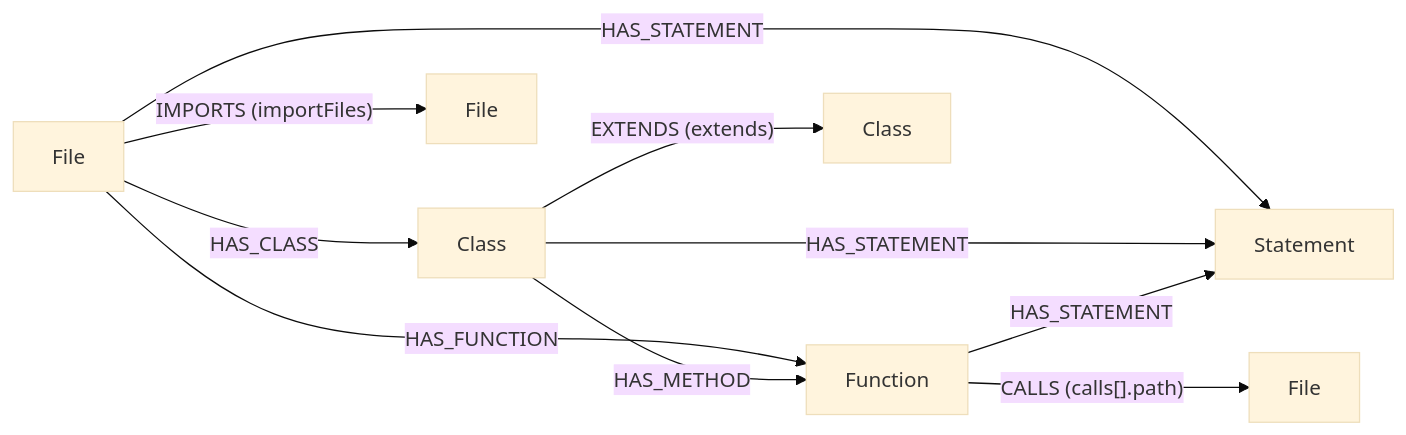
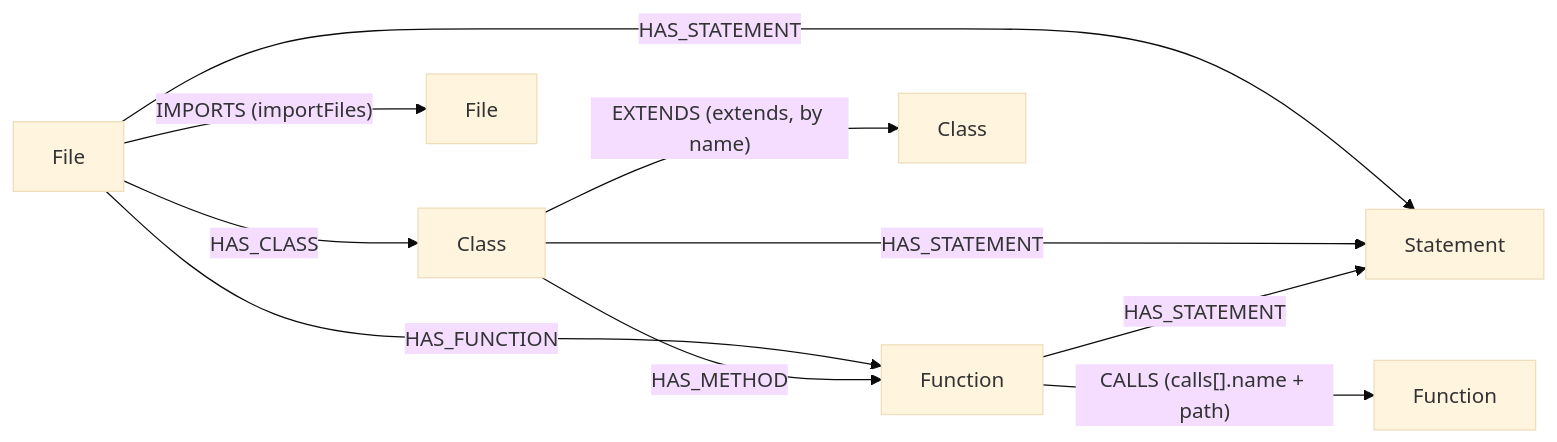
One commit to accionlabs/breezeai-cog changed the seventh of 9 diagrams in docs/architecture.md. Above: the diagram before and after it, drawn with Mermaid (base theme). The commit also changed other lines of this file and 3 other files, not shown here.

````diff
--- a/docs/architecture.md
+++ b/docs/architecture.md
@@ -556,10 +563,10 @@
 ```mermaid
 flowchart LR
   F[File] -- HAS_CLASS --> C[Class]
   F -- HAS_FUNCTION --> Fn[Function]
   C -- HAS_METHOD --> Fn
   F & C & Fn -- HAS_STATEMENT --> S[Statement]
   F -- "IMPORTS (importFiles)" --> F2[File]
-  Fn -- "CALLS (calls[].path)" --> F3[File]
-  C -- "EXTENDS (extends)" --> C2[Class]
+  Fn -- "CALLS (calls[].name + path)" --> Fn2[Function]
+  C -- "EXTENDS (extends, by name)" --> C2[Class]
 ```
````
